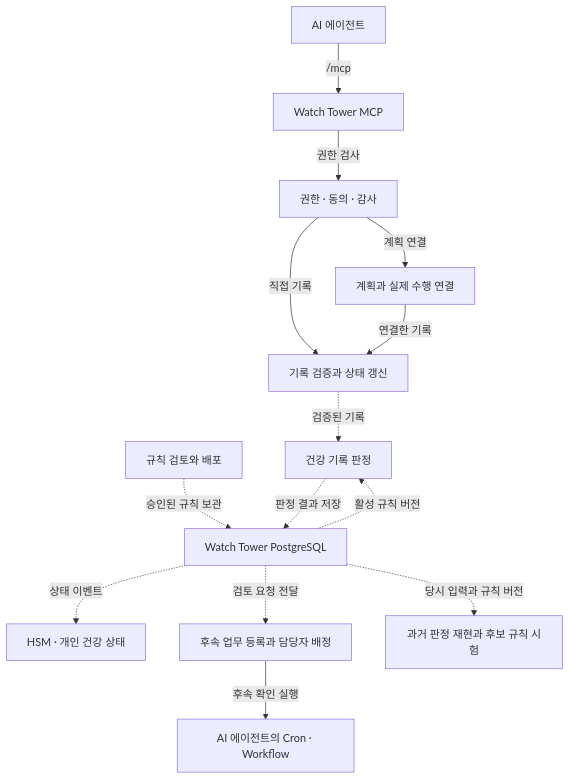
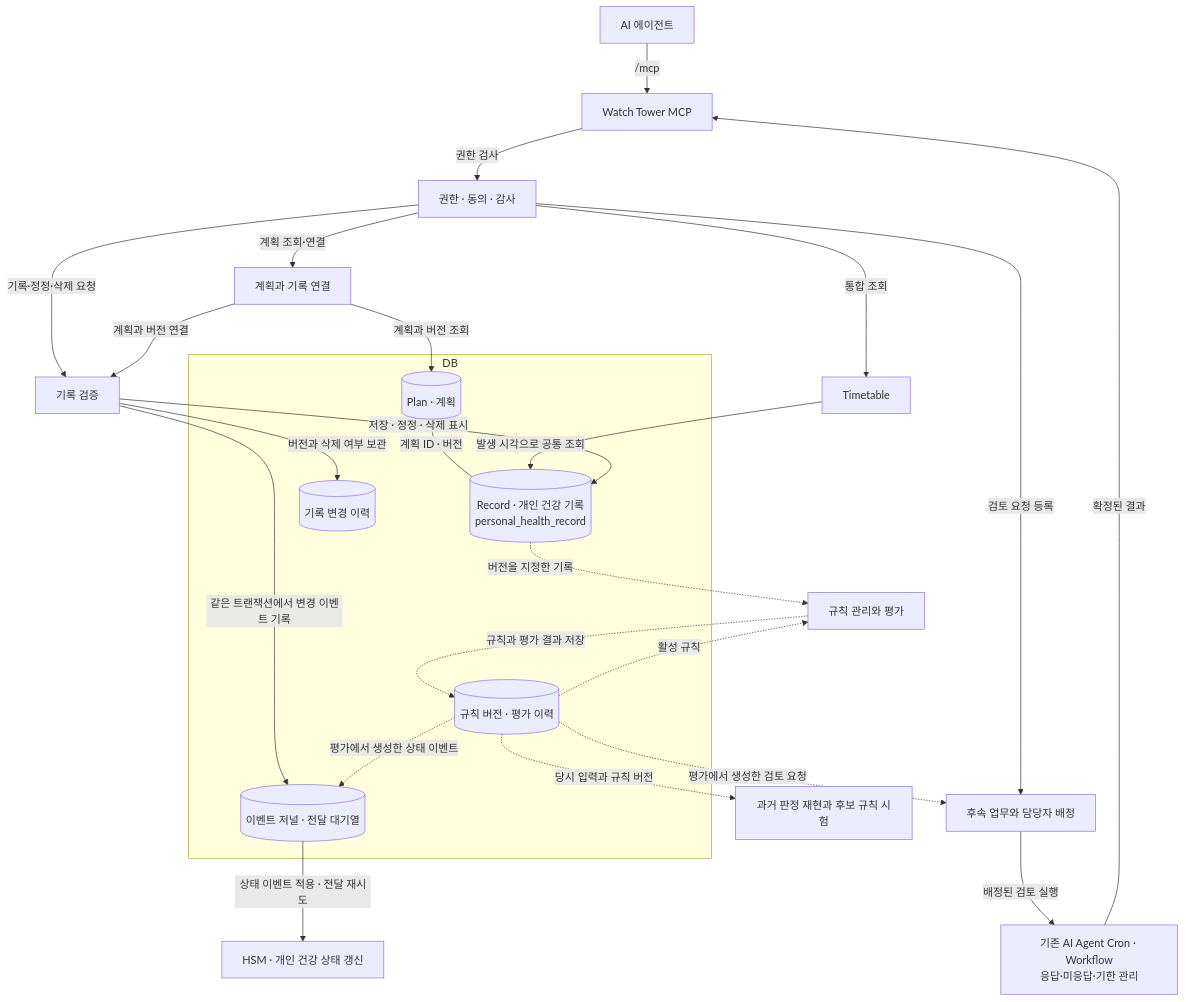
The diagram in README.md (VitaCrew/Health-Watch-Tower), drawn with Mermaid before and after one commit. The commit also changed other lines of this file, not shown here.

Commit message:
docs: clarify common health record architecture

````diff
--- a/README.md
+++ b/README.md
@@ -76,18 +76,35 @@
 ```mermaid
 flowchart TD
     AI["AI 에이전트"] -->|"/mcp"| MCP["Watch Tower MCP"]
+    Workflow["기존 AI Agent Cron · Workflow<br/>응답·미응답·기한 관리"] -->|"확정된 결과"| MCP
     MCP -->|"권한 검사"| Access["권한 · 동의 · 감사"]
-    Access -->|"계획 연결"| Plan["계획과 실제 수행 연결"]
-    Access -->|"직접 기록"| Record["기록 검증과 상태 갱신"]
-    Plan -->|"연결한 기록"| Record
+    Access -->|"통합 조회"| Timetable["Timetable"]
+    Access -->|"계획 조회·연결"| Plan["계획과 기록 연결"]
+    Access -->|"기록·정정·삭제 요청"| Record["기록 검증"]
+    Plan -->|"계획과 버전 연결"| Record
+    Access -->|"검토 요청 등록"| Followup["후속 업무와 담당자 배정"]
 
-    Record -.->|"검증된 기록"| Decision["건강 기록 판정"]
-    Rules["규칙 검토와 배포"] -.->|"승인된 규칙 보관"| Store["Watch Tower PostgreSQL"]
-    Decision -.->|"판정 결과 저장"| Store
-    Store -.->|"활성 규칙 버전"| Decision
+    subgraph DB["DB"]
+        PlanData[("Plan · 계획")]
+        Original[("Record · 개인 건강 기록<br/>personal_health_record")]
+        Revision[("기록 변경 이력")]
+        StateEvent[("이벤트 저널 · 전달 대기열")]
+        RuleData[("규칙 버전 · 평가 이력")]
+    end
 
-    Store -.->|"상태 이벤트"| HSM["HSM · 개인 건강 상태"]
-    Store -.->|"검토 요청 전달"| Followup["후속 업무 등록과 담당자 배정"]
-    Store -.->|"당시 입력과 규칙 버전"| Replay["과거 판정 재현과 후보 규칙 시험"]
-    Followup -->|"후속 확인 실행"| Workflow["AI 에이전트의 Cron · Workflow"]
+    Plan -->|"계획과 버전 조회"| PlanData
+    PlanData ---|"계획 ID · 버전"| Original
+    Timetable -->|"발생 시각으로 공통 조회"| Original
+    Record -->|"저장 · 정정 · 삭제 표시"| Original
+    Record -->|"버전과 삭제 여부 보관"| Revision
+    Record -->|"같은 트랜잭션에서 변경 이벤트 기록"| StateEvent
+    StateEvent -->|"상태 이벤트 적용 · 전달 재시도"| HSM["HSM · 개인 건강 상태 갱신"]
+    Followup -->|"배정된 검토 실행"| Workflow
+
+    Original -.->|"버전을 지정한 기록"| Decision["규칙 관리와 평가"]
+    Decision -.->|"규칙과 평가 결과 저장"| RuleData
+    RuleData -.->|"활성 규칙"| Decision
+    RuleData -.->|"당시 입력과 규칙 버전"| Replay["과거 판정 재현과 후보 규칙 시험"]
+    RuleData -.->|"평가에서 생성한 상태 이벤트"| StateEvent
+    RuleData -.->|"평가에서 생성한 검토 요청"| Followup
 ```
````
